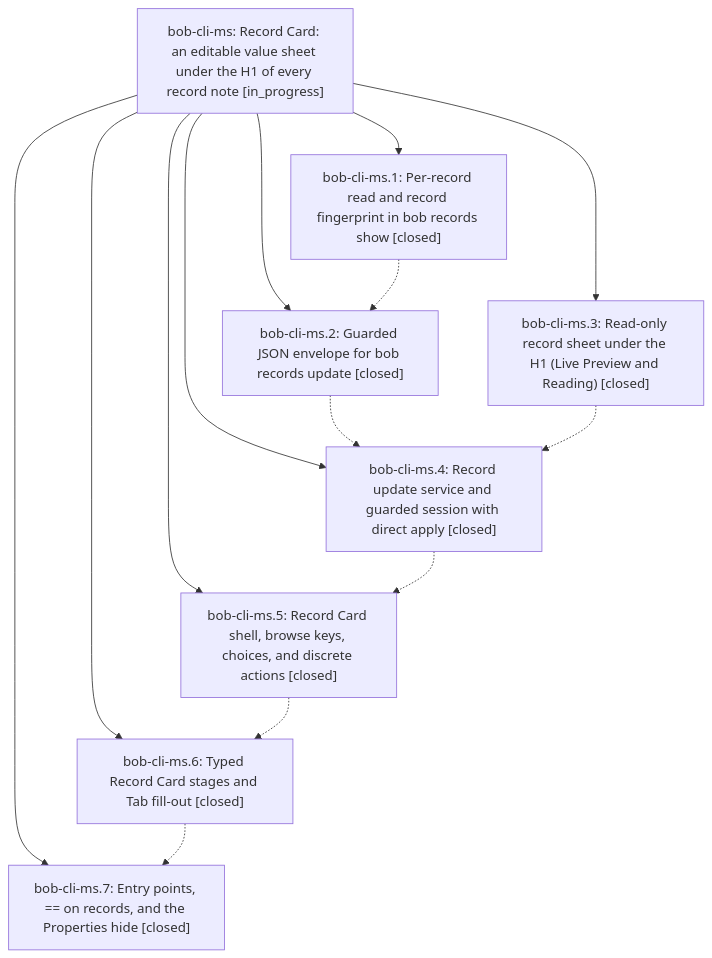
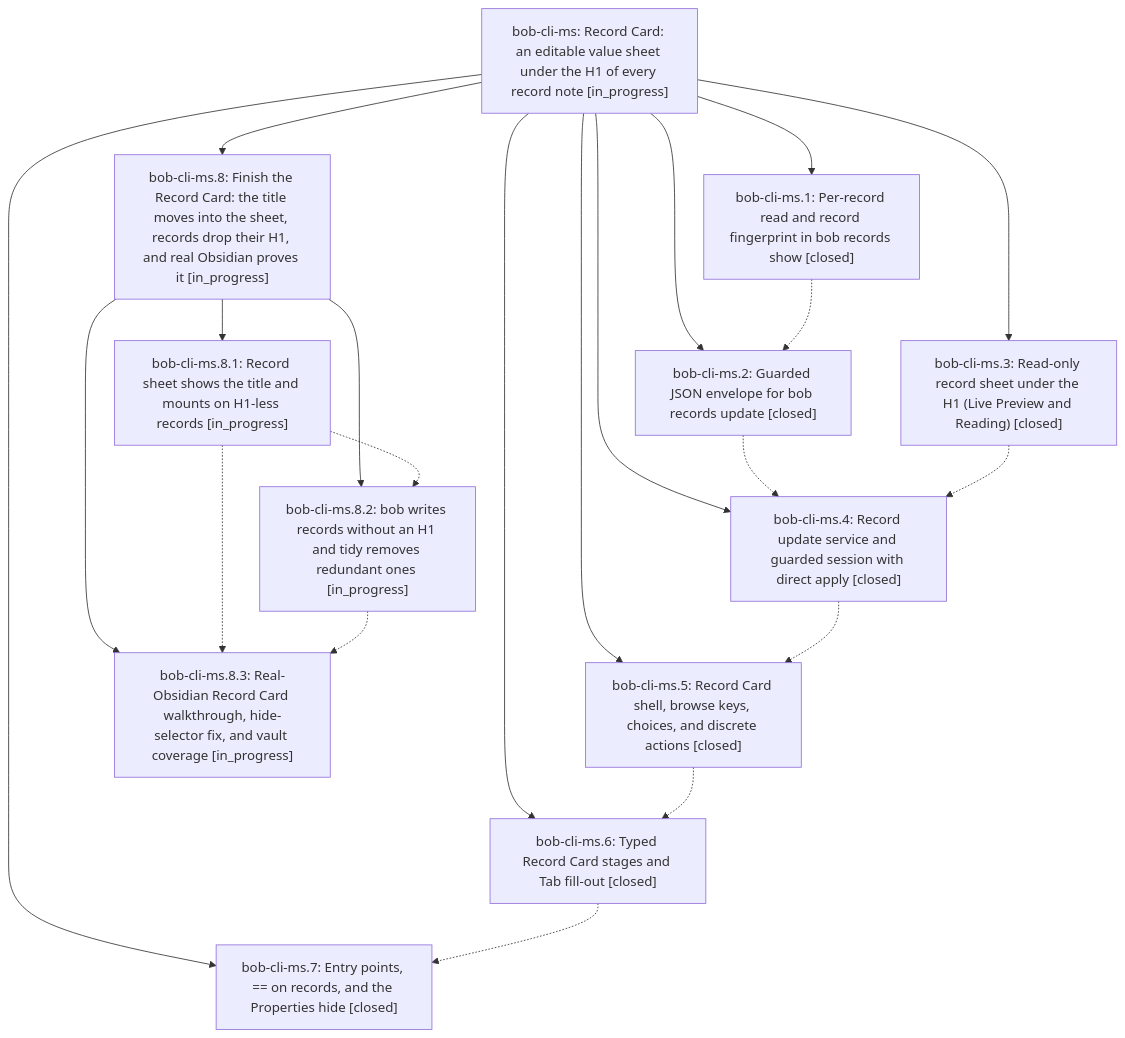
One commit to bobs-org/bob-cli--beads changed the diagram in pages/bob-cli-ms/README.md. Above: the diagram before and after it, drawn with Mermaid. The commit also changed other lines of this file and 11 other files, not shown here.

First line of the commit message:
chore(beads): sync bead state and pages for bob-cli-ms

````diff
--- a/pages/bob-cli-ms/README.md
+++ b/pages/bob-cli-ms/README.md
@@ -82,24 +82,35 @@
 ```mermaid
 flowchart TD
     n0["bob-cli-ms: Record Card: an editable value sheet under the H1 of every record note [in_progress]"]
     n1["bob-cli-ms.1: Per-record read and record fingerprint in bob records show [closed]"]
     n2["bob-cli-ms.2: Guarded JSON envelope for bob records update [closed]"]
     n3["bob-cli-ms.3: Read-only record sheet under the H1 (Live Preview and Reading) [closed]"]
     n4["bob-cli-ms.4: Record update service and guarded session with direct apply [closed]"]
     n5["bob-cli-ms.5: Record Card shell, browse keys, choices, and discrete actions [closed]"]
     n6["bob-cli-ms.6: Typed Record Card stages and Tab fill-out [closed]"]
     n7["bob-cli-ms.7: Entry points, == on records, and the Properties hide [closed]"]
+    n8["bob-cli-ms.8: Finish the Record Card: the title moves into the sheet, records drop their H1, and real Obsidian proves it [in_progress]"]
+    n9["bob-cli-ms.8.1: Record sheet shows the title and mounts on H1-less records [in_progress]"]
+    n10["bob-cli-ms.8.2: bob writes records without an H1 and tidy removes redundant ones [in_progress]"]
+    n11["bob-cli-ms.8.3: Real-Obsidian Record Card walkthrough, hide-selector fix, and vault coverage [in_progress]"]
     n0 --> n1
     n0 --> n2
     n0 --> n3
     n0 --> n4
     n0 --> n5
     n0 --> n6
     n0 --> n7
+    n0 --> n8
+    n8 --> n9
+    n8 --> n10
+    n8 --> n11
     n1 -.-> n2
     n2 -.-> n4
     n3 -.-> n4
     n4 -.-> n5
     n5 -.-> n6
     n6 -.-> n7
+    n9 -.-> n10
+    n9 -.-> n11
+    n10 -.-> n11
 ```
````
